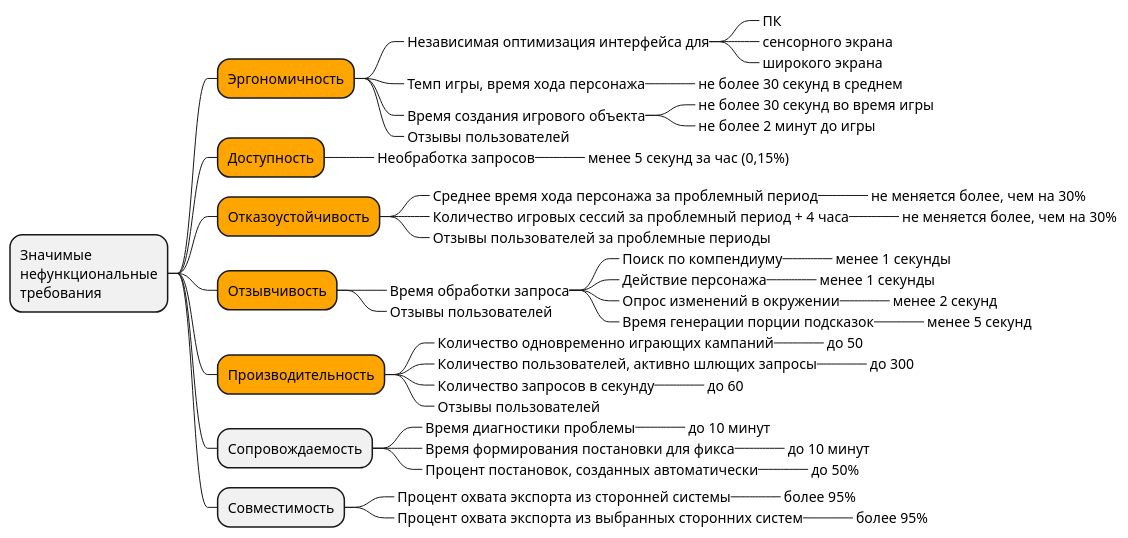
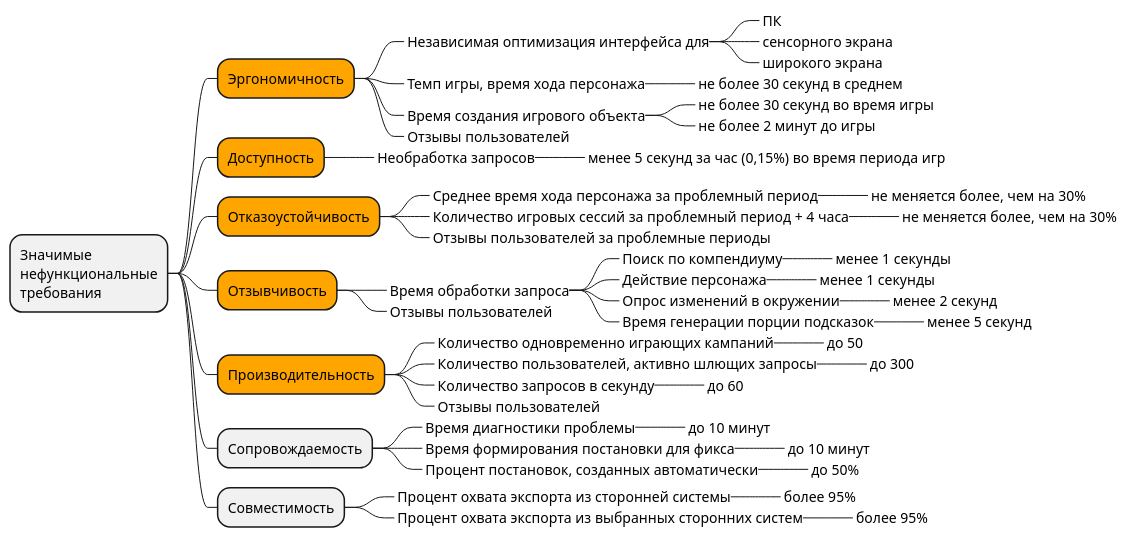
One commit to butakovmv/d20e_arch changed the diagram in chart/asr_nfr.puml. Above: the diagram before and after it, drawn with PlantUML. The commit also changed 42 other files, not shown here.

Commit message:
Диаграммы последовательности

```diff
--- a/chart/asr_nfr.puml
+++ b/chart/asr_nfr.puml
@@ -1,54 +1,54 @@
 @startmindmap
 * Значимые\nнефункциональные\nтребования
 **[#Orange] Эргономичность
 ***_ Независимая оптимизация интерфейса для
 ****_ ПК
 ****_ сенсорного экрана
 ****_ широкого экрана
 ***_ Темп игры, время хода персонажа
 ****_ не более 30 секунд в среднем
 ***_ Время создания игрового объекта
 ****_ не более 30 секунд во время игры
 ****_ не более 2 минут до игры
 ***_ Отзывы пользователей
 **[#Orange] Доступность
 ***_ Необработка запросов
-****_ менее 5 секунд за час (0,15%)
+****_ менее 5 секунд за час (0,15%) во время периода игр
 **[#Orange] Отказоустойчивость
 ***_ Среднее время хода персонажа за проблемный период
 ****_ не меняется более, чем на 30%
 ***_ Количество игровых сессий за проблемный период + 4 часа
 ****_ не меняется более, чем на 30%
 ***_ Отзывы пользователей за проблемные периоды
 **[#Orange] Отзывчивость
 ***_ Время обработки запроса
 ****_ Поиск по компендиуму
 *****_ менее 1 секунды
 ****_ Действие персонажа
 *****_ менее 1 секунды
 ****_ Опрос изменений в окружении
 *****_ менее 2 секунд
 ****_ Время генерации порции подсказок
 *****_ менее 5 секунд
 ***_ Отзывы пользователей
 **[#Orange] Производительность
 ***_ Количество одновременно играющих кампаний
 ****_ до 50
 ***_ Количество пользователей, активно шлющих запросы
 ****_ до 300
 ***_ Количество запросов в секунду
 ****_ до 60
 ***_ Отзывы пользователей
 ** Сопровождаемость
 ***_ Время диагностики проблемы
 ****_ до 10 минут
 ***_ Время формирования постановки для фикса
 ****_ до 10 минут
 ***_ Процент постановок, созданных автоматически
 ****_ до 50%
 ** Совместимость
 ***_ Процент охвата экспорта из сторонней системы
 ****_ более 95%
 ***_ Процент охвата экспорта из выбранных сторонних систем
 ****_ более 95%
 @endmindmap
```
